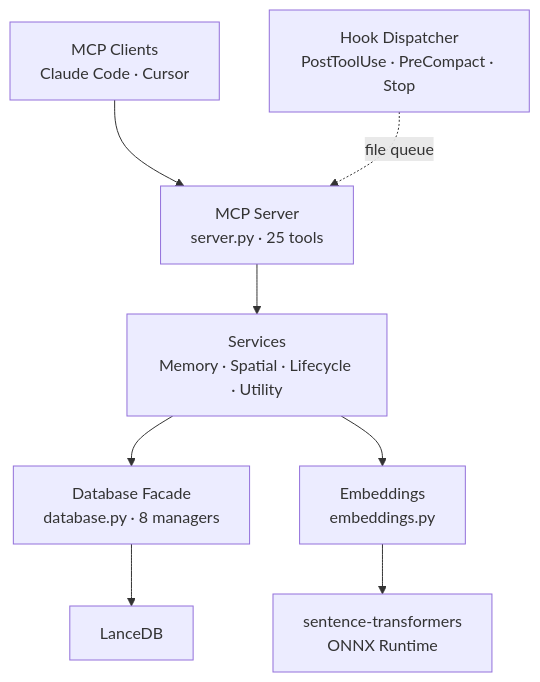
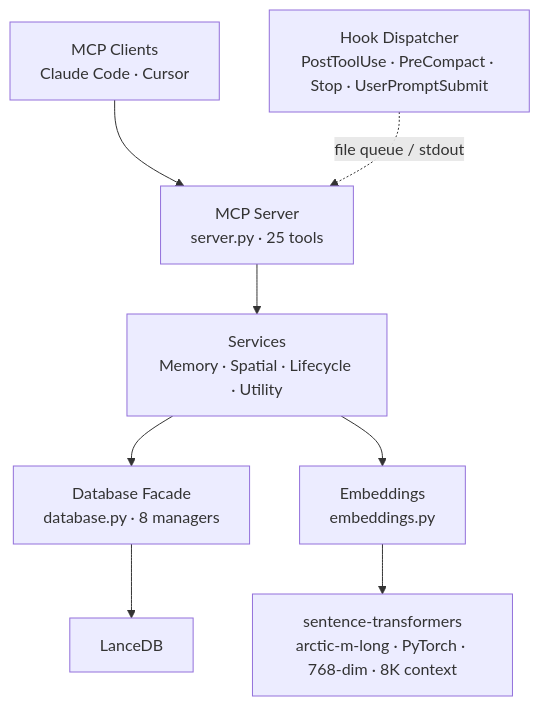
Before and after one commit to arman-tech/spatial-memory-mcp: the diagram in README.md, drawn with Mermaid. The commit also changed other lines of this file, not shown here.

````diff
--- a/README.md
+++ b/README.md
@@ -240,10 +267,10 @@
 ```mermaid
 graph TD
     Client["MCP Clients<br>Claude Code · Cursor"] --> Server["MCP Server<br>server.py · 25 tools"]
-    Hooks["Hook Dispatcher<br>PostToolUse · PreCompact · Stop"] -.->|file queue| Server
+    Hooks["Hook Dispatcher<br>PostToolUse · PreCompact · Stop · UserPromptSubmit"] -.->|file queue / stdout| Server
     Server --> Services["Services<br>Memory · Spatial · Lifecycle · Utility"]
     Services --> DB["Database Facade<br>database.py · 8 managers"]
     Services --> Emb["Embeddings<br>embeddings.py"]
     DB --> Lance["LanceDB"]
-    Emb --> ST["sentence-transformers<br>ONNX Runtime"]
+    Emb --> ST["sentence-transformers<br>arctic-m-long · PyTorch · 768-dim · 8K context"]
 ```
````
